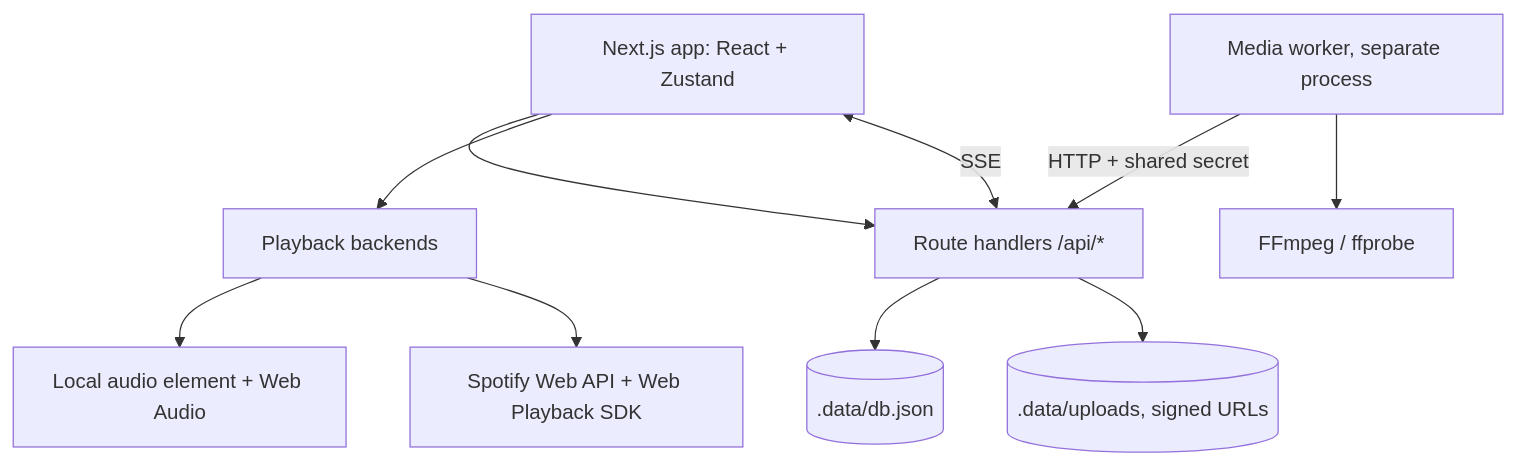
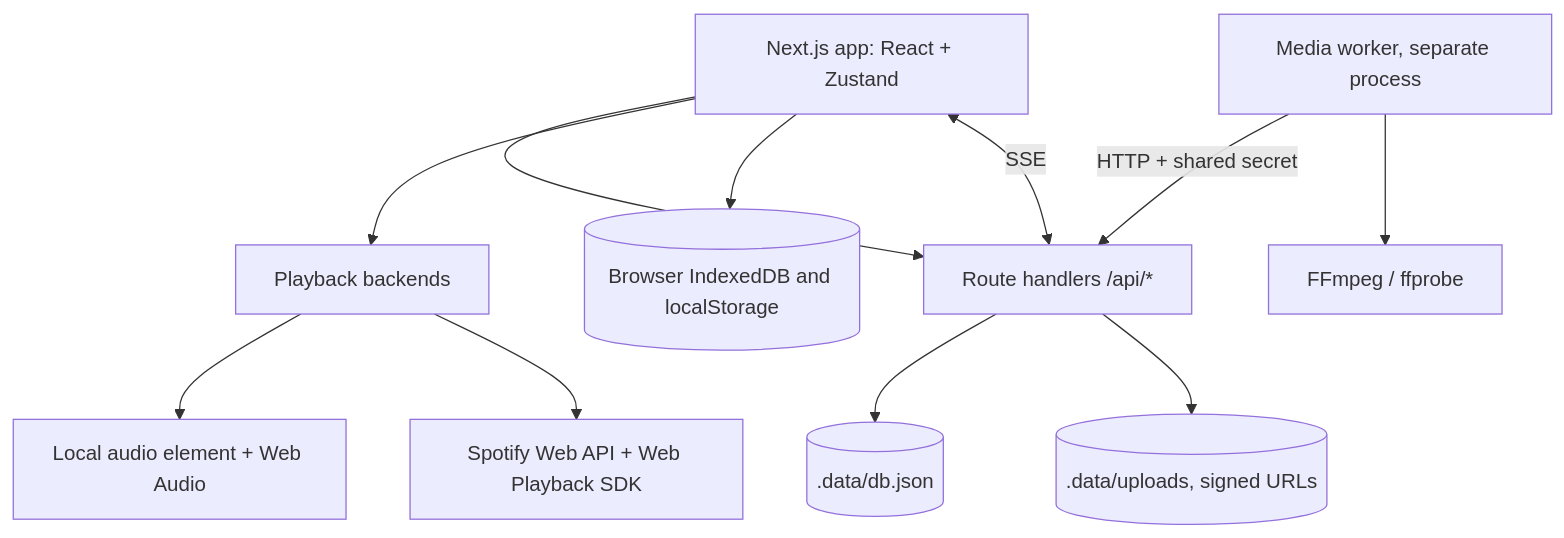
One commit to Dhasvanth-mg/Lyricscape changed the diagram in docs/architecture.md. Above: the diagram before and after it, drawn with Mermaid. The commit also changed other lines of this file and 30 other files, not shown here.

````diff
--- a/docs/architecture.md
+++ b/docs/architecture.md
@@ -3,12 +5,13 @@
 ```mermaid
 flowchart TD
   UI[Next.js app: React + Zustand] --> API[Route handlers /api/*]
   UI --> BK[Playback backends]
+  UI --> IDB[(Browser IndexedDB and localStorage)]
   BK --> LA[Local audio element + Web Audio]
   BK --> SP[Spotify Web API + Web Playback SDK]
   API --> DB[(.data/db.json)]
   API --> OBJ[(.data/uploads, signed URLs)]
   API <-->|SSE| UI
   WRK[Media worker, separate process] -->|HTTP + shared secret| API
   WRK --> FF[FFmpeg / ffprobe]
 ```
````
